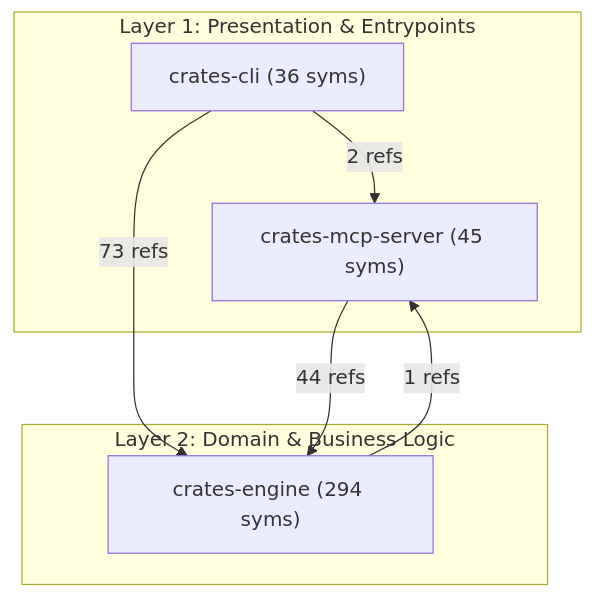
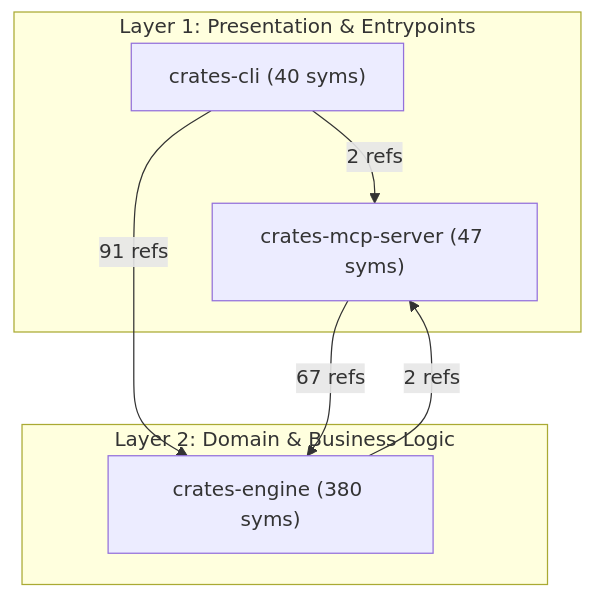
Before and after one commit to MatinBodaghi/repotrim: the diagram in docs/ARCHITECTURE.md, drawn with Mermaid. The commit also changed other lines of this file and 4 other files, not shown here.

````diff
--- a/docs/ARCHITECTURE.md
+++ b/docs/ARCHITECTURE.md
@@ -21,16 +21,16 @@
 ```mermaid
 flowchart TD
     subgraph Presentation["Layer 1: Presentation & Entrypoints"]
-        subsys_crates_mcp_server["crates-mcp-server (45 syms)"]
-        subsys_crates_cli["crates-cli (36 syms)"]
+        subsys_crates_mcp_server["crates-mcp-server (47 syms)"]
+        subsys_crates_cli["crates-cli (40 syms)"]
     end
 
     subgraph Domain["Layer 2: Domain & Business Logic"]
-        subsys_crates_engine["crates-engine (294 syms)"]
+        subsys_crates_engine["crates-engine (380 syms)"]
     end
 
-    subsys_crates_mcp_server -->|"44 refs"| subsys_crates_engine
-    subsys_crates_cli -->|"73 refs"| subsys_crates_engine
+    subsys_crates_mcp_server -->|"67 refs"| subsys_crates_engine
+    subsys_crates_cli -->|"91 refs"| subsys_crates_engine
     subsys_crates_cli -->|"2 refs"| subsys_crates_mcp_server
-    subsys_crates_engine -->|"1 refs"| subsys_crates_mcp_server
+    subsys_crates_engine -->|"2 refs"| subsys_crates_mcp_server
 ```
````
